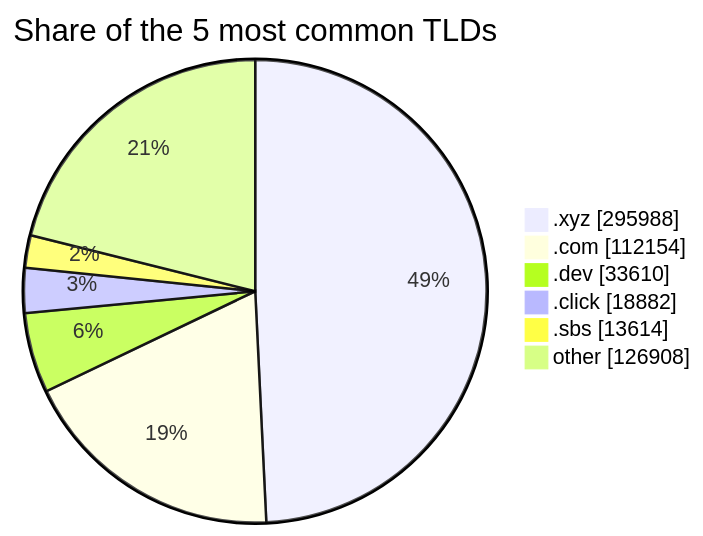
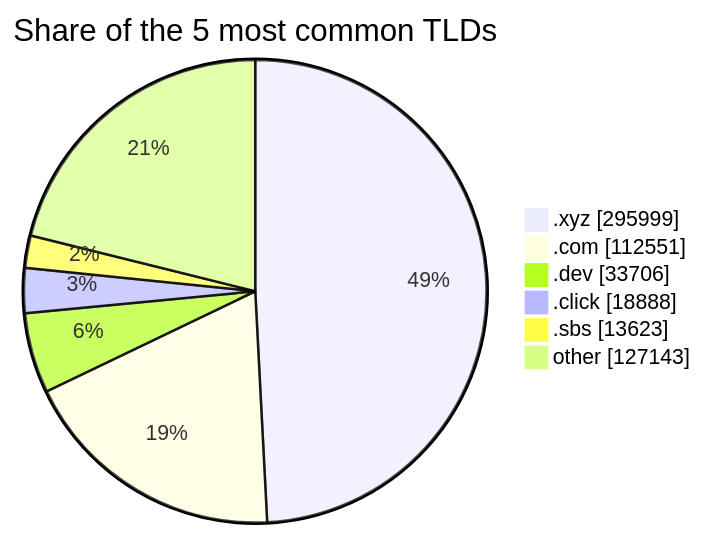
Before and after one commit to DNSBunker/CTI: the third of 3 diagrams in README.md, drawn with Mermaid. The commit also changed other lines of this file and 3 other files, not shown here.

````diff
--- a/README.md
+++ b/README.md
@@ -81,9 +81,9 @@
 ```mermaid
 pie showData title Share of the 5 most common TLDs
-    ".xyz" : 295988
-    ".com" : 112154
-    ".dev" : 33610
-    ".click" : 18882
-    ".sbs" : 13614
-    "other" : 126908
+    ".xyz" : 295999
+    ".com" : 112551
+    ".dev" : 33706
+    ".click" : 18888
+    ".sbs" : 13623
+    "other" : 127143
 ```
````
